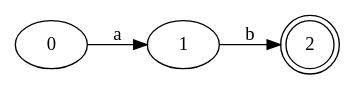
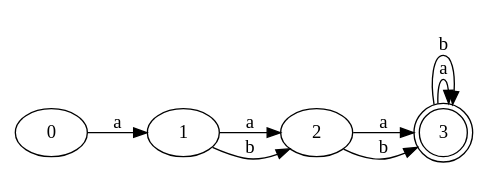
Before and after one commit to MaaarcosG/Automatas: the diagram in Graph/DFA_Direct.gv, drawn with Graphviz. The commit also changed 10 other files, not shown here.

```diff
--- a/Graph/DFA_Direct.gv
+++ b/Graph/DFA_Direct.gv
@@ -1,8 +1,14 @@
 digraph Automata {
 	rankdir=LR
 	0 [label=0]
 	0 -> 1 [label=a]
 	1 [label=1]
+	1 -> 2 [label=a]
 	1 -> 2 [label=b]
-	2 [label=2 shape=doublecircle]
+	2 [label=2]
+	2 -> 3 [label=a]
+	2 -> 3 [label=b]
+	3 [label=3 shape=doublecircle]
+	3 -> 3 [label=a]
+	3 -> 3 [label=b]
 }
```
